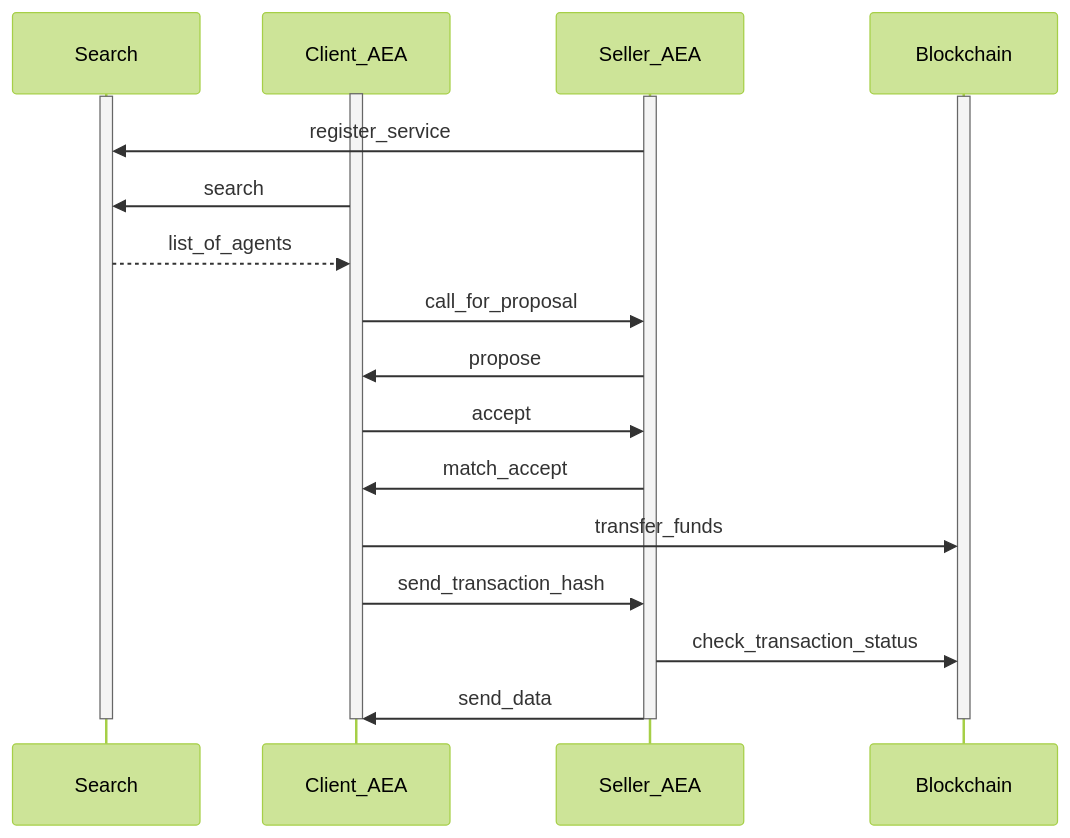
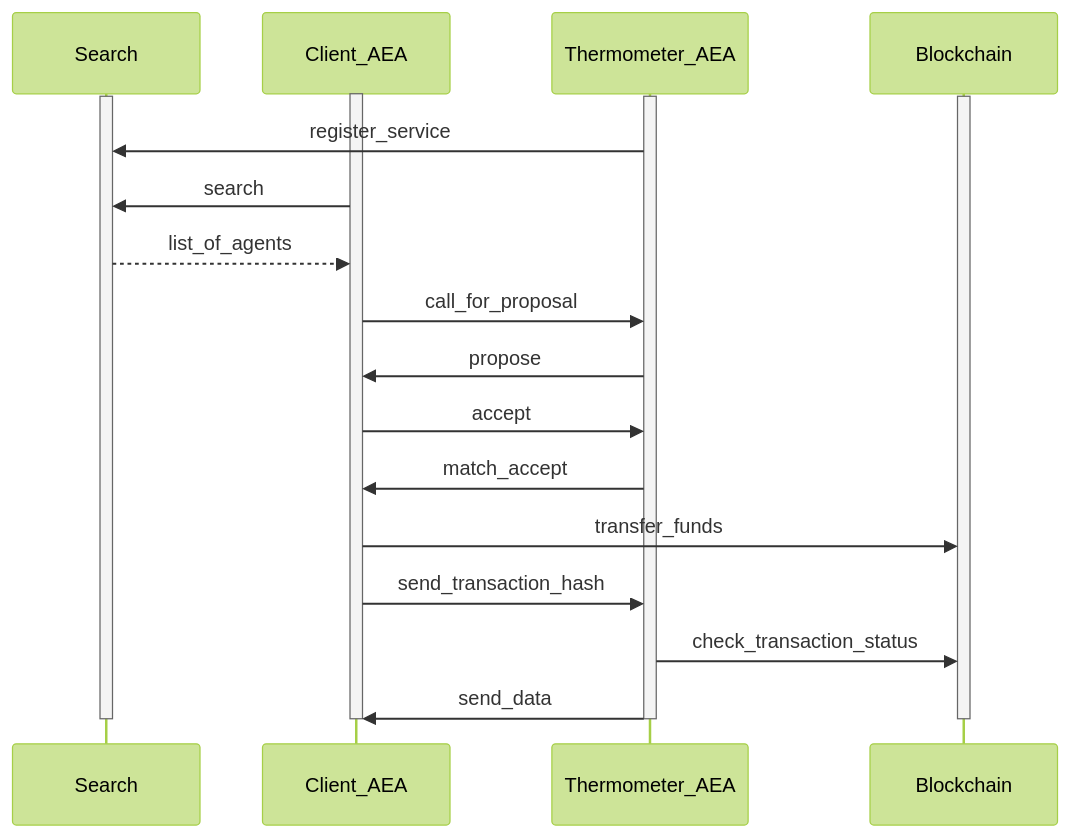
Before and after one commit to legendarydeveloper919/agents-aea: the diagram in docs/thermometer.md, drawn with Mermaid (forest theme). The commit also changed other lines of this file and 3 other files, not shown here.

```diff
--- a/docs/thermometer.md
+++ b/docs/thermometer.md
@@ -241,30 +229,30 @@
 <div class="mermaid">
     sequenceDiagram
         participant Search
         participant Client_AEA
-        participant Seller_AEA
+        participant Thermometer_AEA
         participant Blockchain
     
         activate Client_AEA
         activate Search
-        activate Seller_AEA
+        activate Thermometer_AEA
         activate Blockchain
         
-        Seller_AEA->>Search: register_service
+        Thermometer_AEA->>Search: register_service
         Client_AEA->>Search: search
         Search-->>Client_AEA: list_of_agents
-        Client_AEA->>Seller_AEA: call_for_proposal
-        Seller_AEA->>Client_AEA: propose
-        Client_AEA->>Seller_AEA: accept
-        Seller_AEA->>Client_AEA: match_accept
+        Client_AEA->>Thermometer_AEA: call_for_proposal
+        Thermometer_AEA->>Client_AEA: propose
+        Client_AEA->>Thermometer_AEA: accept
+        Thermometer_AEA->>Client_AEA: match_accept
         Client_AEA->>Blockchain: transfer_funds
-        Client_AEA->>Seller_AEA: send_transaction_hash
-        Seller_AEA->>Blockchain: check_transaction_status
-        Seller_AEA->>Client_AEA: send_data
+        Client_AEA->>Thermometer_AEA: send_transaction_hash
+        Thermometer_AEA->>Blockchain: check_transaction_status
+        Thermometer_AEA->>Client_AEA: send_data
         
         deactivate Client_AEA
         deactivate Search
-        deactivate Seller_AEA
+        deactivate Thermometer_AEA
         deactivate Blockchain
        
 </div>
```
